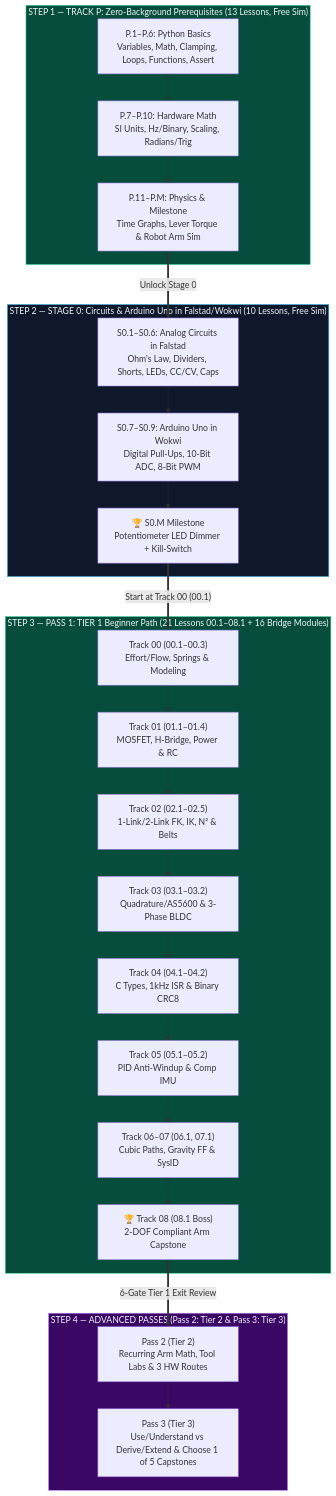
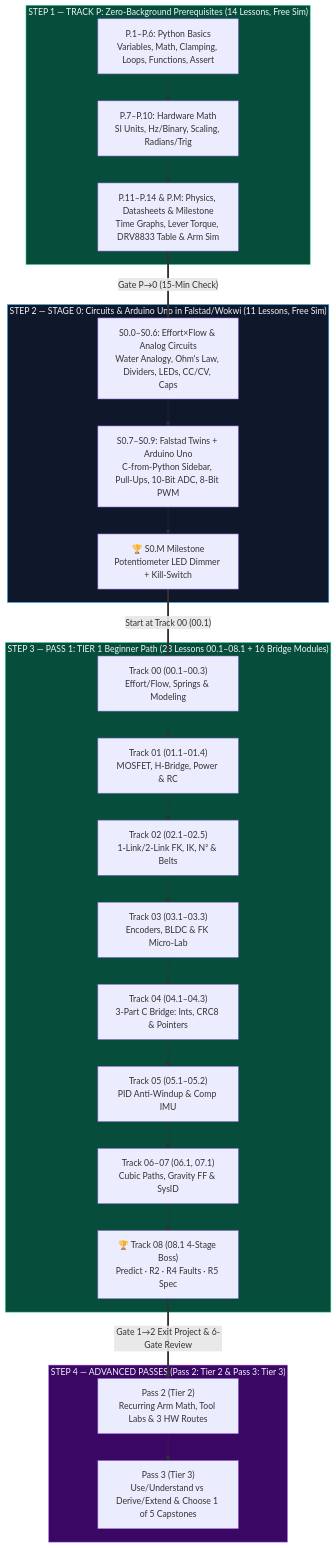
The diagram in README.md (TLE47/Mechatronics-Roadmap), drawn with Mermaid before and after one commit. The commit also changed other lines of this file and 35 other files, not shown here.

````diff
--- a/README.md
+++ b/README.md
@@ -94,27 +94,27 @@
 ```mermaid
 flowchart TB
-    subgraph TP["STEP 1 — TRACK P: Zero-Background Prerequisites (13 Lessons, Free Sim)"]
-        TP_1["P.1–P.6: Python Basics<br/>Variables, Math, Clamping, Loops, Functions, Assert"] --> TP_2["P.7–P.10: Hardware Math<br/>SI Units, Hz/Binary, Scaling, Radians/Trig"] --> TP_3["P.11–P.M: Physics & Milestone<br/>Time Graphs, Lever Torque & Robot Arm Sim"]
+    subgraph TP["STEP 1 — TRACK P: Zero-Background Prerequisites (14 Lessons, Free Sim)"]
+        TP_1["P.1–P.6: Python Basics<br/>Variables, Math, Clamping, Loops, Functions, Assert"] --> TP_2["P.7–P.10: Hardware Math<br/>SI Units, Hz/Binary, Scaling, Radians/Trig"] --> TP_3["P.11–P.14 & P.M: Physics, Datasheets & Milestone<br/>Time Graphs, Lever Torque, DRV8833 Table & Arm Sim"]
     end
 
-    subgraph L0["STEP 2 — STAGE 0: Circuits & Arduino Uno in Falstad/Wokwi (10 Lessons, Free Sim)"]
-        L0_1["S0.1–S0.6: Analog Circuits in Falstad<br/>Ohm's Law, Dividers, Shorts, LEDs, CC/CV, Caps"] --> L0_2["S0.7–S0.9: Arduino Uno in Wokwi<br/>Digital Pull-Ups, 10-Bit ADC, 8-Bit PWM"] --> L0_3["🏆 S0.M Milestone<br/>Potentiometer LED Dimmer + Kill-Switch"]
+    subgraph L0["STEP 2 — STAGE 0: Circuits & Arduino Uno in Falstad/Wokwi (11 Lessons, Free Sim)"]
+        L0_1["S0.0–S0.6: Effort×Flow & Analog Circuits<br/>Water Analogy, Ohm's Law, Dividers, LEDs, CC/CV, Caps"] --> L0_2["S0.7–S0.9: Falstad Twins + Arduino Uno<br/>C-from-Python Sidebar, Pull-Ups, 10-Bit ADC, 8-Bit PWM"] --> L0_3["🏆 S0.M Milestone<br/>Potentiometer LED Dimmer + Kill-Switch"]
     end
 
-    subgraph P1["STEP 3 — PASS 1: TIER 1 Beginner Path (21 Lessons 00.1–08.1 + 16 Bridge Modules)"]
-        T1_0["Track 00 (00.1–00.3)<br/>Effort/Flow, Springs & Modeling"] --> T1_1["Track 01 (01.1–01.4)<br/>MOSFET, H-Bridge, Power & RC"] --> T1_2["Track 02 (02.1–02.5)<br/>1-Link/2-Link FK, IK, N² & Belts"] --> T1_3["Track 03 (03.1–03.2)<br/>Quadrature/AS5600 & 3-Phase BLDC"] --> T1_4["Track 04 (04.1–04.2)<br/>C Types, 1kHz ISR & Binary CRC8"] --> T1_5["Track 05 (05.1–05.2)<br/>PID Anti-Windup & Comp IMU"] --> T1_6["Track 06–07 (06.1, 07.1)<br/>Cubic Paths, Gravity FF & SysID"] --> T1_8["🏆 Track 08 (08.1 Boss)<br/>2-DOF Compliant Arm Capstone"]
+    subgraph P1["STEP 3 — PASS 1: TIER 1 Beginner Path (23 Lessons 00.1–08.1 + 16 Bridge Modules)"]
+        T1_0["Track 00 (00.1–00.3)<br/>Effort/Flow, Springs & Modeling"] --> T1_1["Track 01 (01.1–01.4)<br/>MOSFET, H-Bridge, Power & RC"] --> T1_2["Track 02 (02.1–02.5)<br/>1-Link/2-Link FK, IK, N² & Belts"] --> T1_3["Track 03 (03.1–03.3)<br/>Encoders, BLDC & FK Micro-Lab"] --> T1_4["Track 04 (04.1–04.3)<br/>3-Part C Bridge: Ints, CRC8 & Pointers"] --> T1_5["Track 05 (05.1–05.2)<br/>PID Anti-Windup & Comp IMU"] --> T1_6["Track 06–07 (06.1, 07.1)<br/>Cubic Paths, Gravity FF & SysID"] --> T1_8["🏆 Track 08 (08.1 4-Stage Boss)<br/>Predict · R2 · R4 Faults · R5 Spec"]
     end
 
     subgraph P2["STEP 4 — ADVANCED PASSES (Pass 2: Tier 2 & Pass 3: Tier 3)"]
         T2_0["Pass 2 (Tier 2)<br/>Recurring Arm Math, Tool Labs & 3 HW Routes"] --> T3_0["Pass 3 (Tier 3)<br/>Use/Understand vs Derive/Extend & Choose 1 of 5 Capstones"]
     end
 
-    TP_3 ==>|"Unlock Stage 0"| L0_1
+    TP_3 ==>|"Gate P→0 (15-Min Check)"| L0_1
     L0_3 ==>|"Start at Track 00 (00.1)"| T1_0
-    T1_8 ==>|"6-Gate Tier 1 Exit Review"| T2_0
+    T1_8 ==>|"Gate 1→2 Exit Project & 6-Gate Review"| T2_0
 
     style TP fill:#064e3b,stroke:#34d399,color:#f1f5f9
     style L0 fill:#0f172a,stroke:#38bdf8,color:#f1f5f9
     style P1 fill:#064e3b,stroke:#34d399,color:#f1f5f9
     style P2 fill:#3b0764,stroke:#c084fc,color:#f1f5f9
 ```
````
